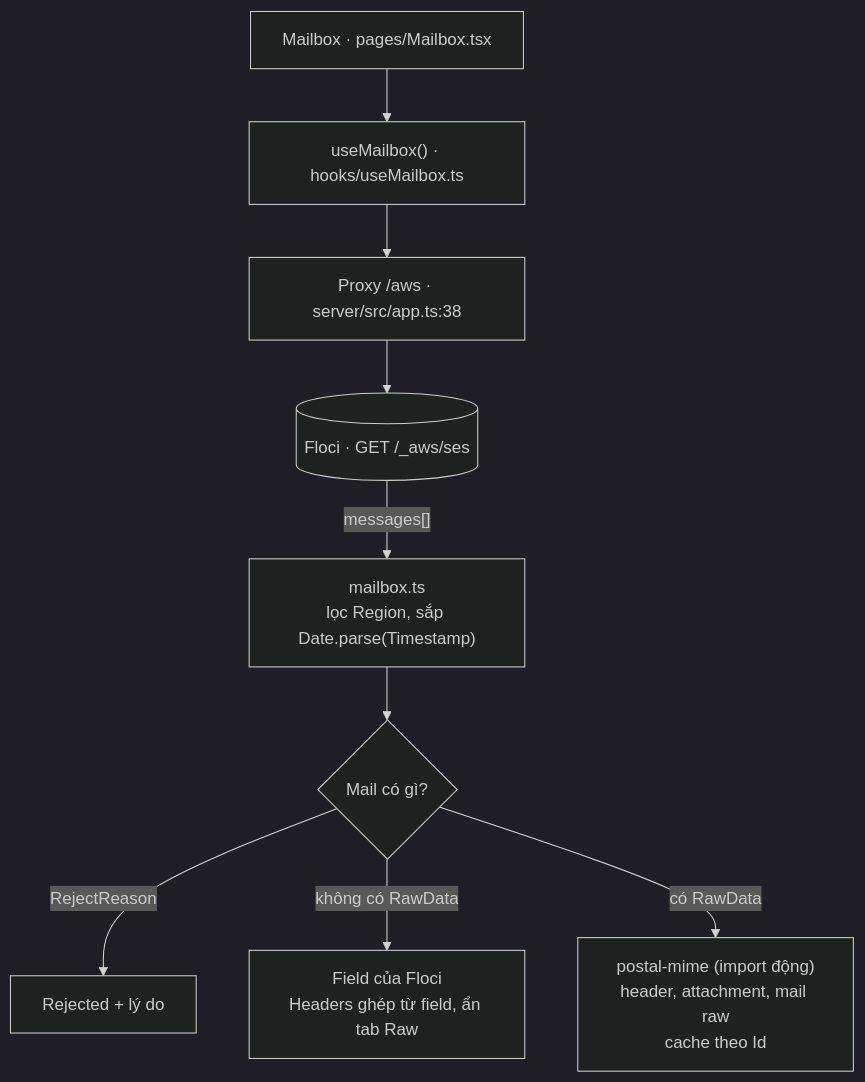
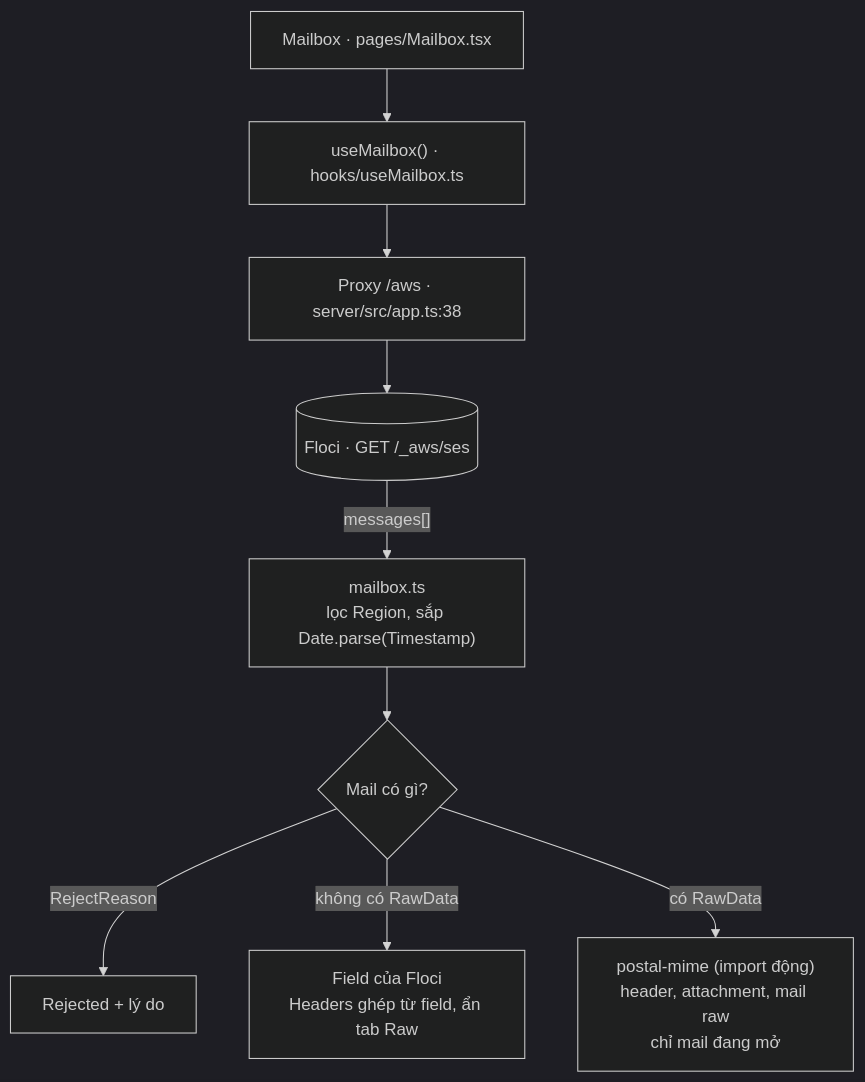
One commit to ngtrthvu3007/local-console changed the diagram in docs/superpowers/specs/2026-11-17-ses-design.md. Above: the diagram before and after it, drawn with Mermaid (dark theme). The commit also changed other lines of this file, not shown here.

Commit message:
docs(ses): defer template editor and send test, drop mime cache

````diff
--- a/docs/superpowers/specs/2026-11-17-ses-design.md
+++ b/docs/superpowers/specs/2026-11-17-ses-design.md
@@ -176,18 +153,18 @@
 ```mermaid
 flowchart TD
   PAGE["Mailbox · pages/Mailbox.tsx"]
   HOOK["useMailbox() · hooks/useMailbox.ts"]
   PROXY["Proxy /aws · server/src/app.ts:38"]
   FLOCI[("Floci · GET /_aws/ses")]
   FILTER["mailbox.ts<br/>lọc Region, sắp Date.parse(Timestamp)"]
   KIND{"Mail có gì?"}
   REJECTED["Rejected + lý do"]
   FIELDS["Field của Floci<br/>Headers ghép từ field, ẩn tab Raw"]
-  MIME["postal-mime (import động)<br/>header, attachment, mail raw<br/>cache theo Id"]
+  MIME["postal-mime (import động)<br/>header, attachment, mail raw<br/>chỉ mail đang mở"]
 
   PAGE --> HOOK --> PROXY --> FLOCI
   FLOCI -->|"messages[]"| FILTER --> KIND
   KIND -->|"RejectReason"| REJECTED
   KIND -->|"không có RawData"| FIELDS
   KIND -->|"có RawData"| MIME
 ```
````
